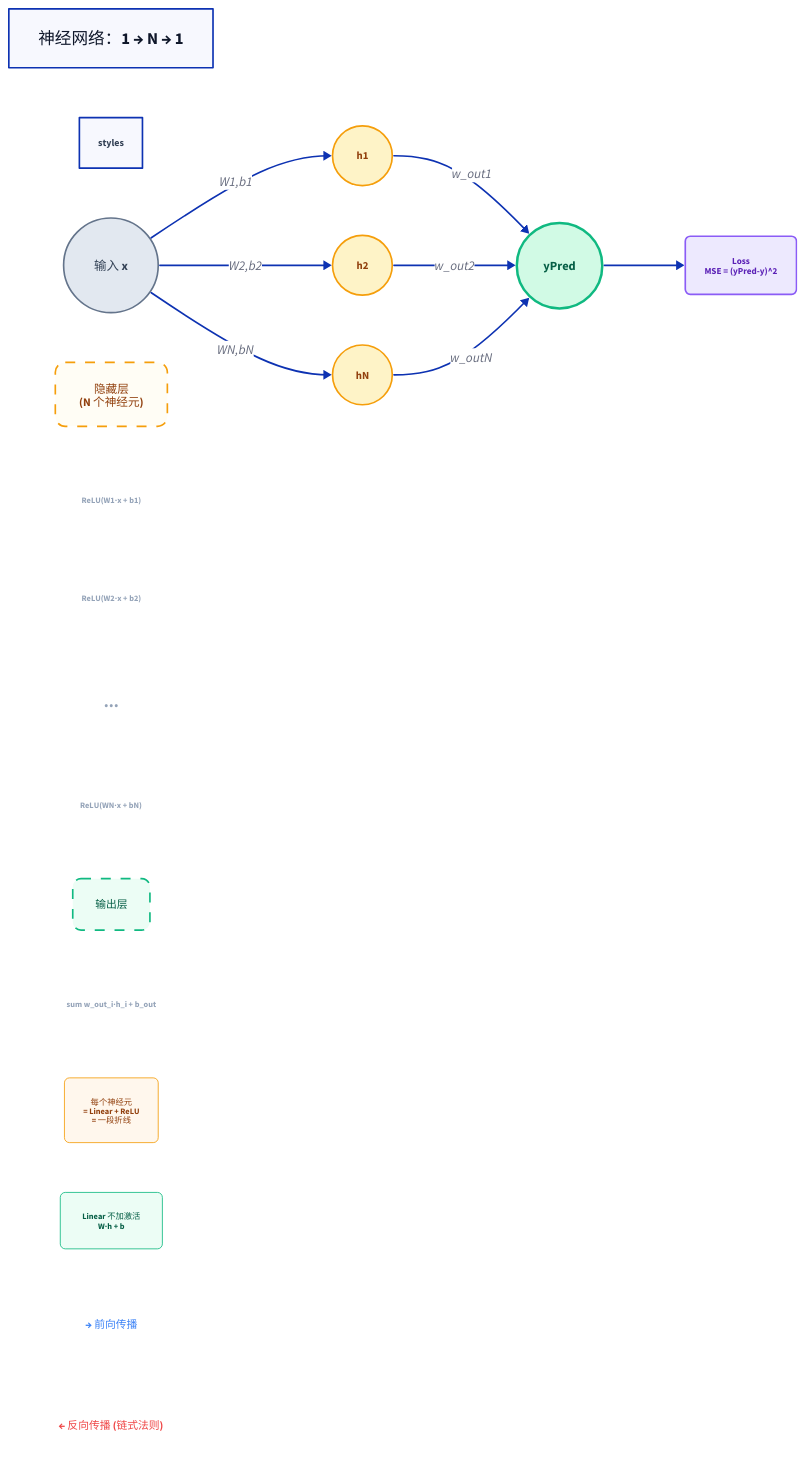
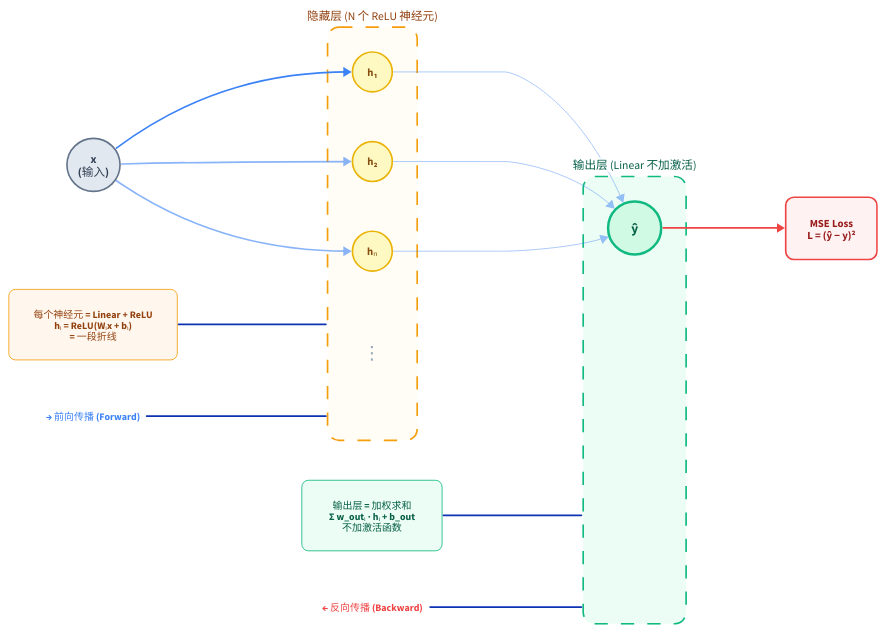
One commit to qiaolei1973/handfirst-llm changed the diagram in apps/_docs/scripts/recap/neural-network.d2. Above: the diagram before and after it, drawn with D2. The commit also changed 18 other files, not shown here.

First line of the commit message:
refactor: 图片生成脚本切换 D2 + Excalidraw，图片点击放大

```diff
--- a/apps/_docs/scripts/recap/neural-network.d2
+++ b/apps/_docs/scripts/recap/neural-network.d2
@@ -1,193 +1,196 @@
-title: "神经网络：1 → N → 1" {
-  style.font-size: 20
-  style.font-color: "#0f172a"
+# ── 神经网络：1 → N → 1 架构 ──
+#   由 generate-all.sh 自动构建，输出到 public/recap/neural-network.svg
+
+vars: {
+  d2-config: {
+    layout-engine: dagre
+  }
 }
 
 direction: right
 
-styles: {
-  style.font-size: 12
+# ================================================================
+# Input
+# ================================================================
+input: "x\n(输入)" {
+  shape: circle
+  width: 64
+  height: 64
+  style.fill: "#e2e8f0"
+  style.stroke: "#64748b"
+  style.stroke-width: 2
+  style.font-size: 14
   style.font-color: "#334155"
 }
 
-# ============================================================
-# Input
-# ============================================================
-
-input: "输入 x" {
-  shape: circle
-  style.fill: "#e2e8f0"
-  style.stroke: "#64748b"
-  style.stroke-width: 2
-  style.font-size: 15
-  style.font-color: "#334155"
-}
-
-# ============================================================
+# ================================================================
 # Hidden Layer
-# ============================================================
-
-hidden-layer: "隐藏层\n(N 个神经元)" {
+# ================================================================
+hidden: "隐藏层 (N 个 ReLU 神经元)" {
   style.fill: "#fffdf5"
   style.stroke: "#f59e0b"
   style.stroke-width: 2
-  style.stroke-dash: 6
-  style.border-radius: 12
+  style.stroke-dash: 8
+  style.border-radius: 14
   style.font-size: 14
+  style.font-color: "#92400e"
+
+  h1: "h₁" {
+    shape: circle
+    width: 48
+    height: 48
+    style.fill: "#fef9c3"
+    style.stroke: "#eab308"
+    style.stroke-width: 2
+    style.font-size: 13
+    style.font-color: "#854d0e"
+  }
+
+  h2: "h₂" {
+    shape: circle
+    width: 48
+    height: 48
+    style.fill: "#fef9c3"
+    style.stroke: "#eab308"
+    style.stroke-width: 2
+    style.font-size: 13
+    style.font-color: "#854d0e"
+  }
+
+  hdots: "⋮" {
+    shape: text
+    style.font-size: 22
+    style.font-color: "#94a3b8"
+    style.bold: true
+  }
+
+  hN: "hₙ" {
+    shape: circle
+    width: 48
+    height: 48
+    style.fill: "#fef9c3"
+    style.stroke: "#eab308"
+    style.stroke-width: 2
+    style.font-size: 13
+    style.font-color: "#854d0e"
+  }
+}
+
+# ================================================================
+# Output Layer
+# ================================================================
+output-layer: "输出层 (Linear 不加激活)" {
+  style.fill: "#ecfdf5"
+  style.stroke: "#10b981"
+  style.stroke-width: 2
+  style.stroke-dash: 8
+  style.border-radius: 14
+  style.font-size: 14
+  style.font-color: "#065f46"
+
+  ypred: "ŷ" {
+    shape: circle
+    width: 64
+    height: 64
+    style.fill: "#d1fae5"
+    style.stroke: "#10b981"
+    style.stroke-width: 3
+    style.font-size: 16
+    style.font-color: "#065f46"
+  }
+}
+
+# ================================================================
+# Loss
+# ================================================================
+loss: "MSE Loss\nL = (ŷ − y)²" {
+  shape: rectangle
+  style.fill: "#fef2f2"
+  style.stroke: "#ef4444"
+  style.stroke-width: 2
+  style.border-radius: 10
+  style.font-size: 13
+  style.font-color: "#991b1b"
+}
+
+# ================================================================
+# Forward connections
+# ================================================================
+input -> hidden.h1: {
+  style.stroke: "#3b82f6"
+  style.stroke-width: 2
+}
+input -> hidden.h2: {
+  style.stroke: "#3b82f6"
+  style.stroke-width: 2
+  style.opacity: 0.6
+}
+input -> hidden.hN: {
+  style.stroke: "#3b82f6"
+  style.stroke-width: 2
+  style.opacity: 0.6
+}
+
+hidden.h1 -> output-layer.ypred: {
+  style.stroke: "#3b82f6"
+  style.stroke-width: 1
+  style.opacity: 0.5
+}
+hidden.h2 -> output-layer.ypred: {
+  style.stroke: "#3b82f6"
+  style.stroke-width: 1
+  style.opacity: 0.5
+}
+hidden.hN -> output-layer.ypred: {
+  style.stroke: "#3b82f6"
+  style.stroke-width: 1
+  style.opacity: 0.5
+}
+
+output-layer.ypred -> loss: {
+  style.stroke: "#ef4444"
+  style.stroke-width: 2
+}
+
+# ================================================================
+# Annotations
+# ================================================================
+neuron-note: "每个神经元 = Linear + ReLU\nhᵢ = ReLU(Wᵢx + bᵢ)\n= 一段折线  " {
+  shape: rectangle
+  style.fill: "#fff7ed"
+  style.stroke: "#f59e0b"
+  style.stroke-width: 1
+  style.border-radius: 8
+  style.font-size: 12
   style.font-color: "#92400e"
 }
 
-h1: "h1" {
-  shape: circle
-  style.fill: "#fef3c7"
-  style.stroke: "#f59e0b"
-  style.stroke-width: 2
-  style.font-size: 13
-  style.font-color: "#92400e"
-}
-
-h1-label: "ReLU(W1·x + b1)" {
-  style.fill: transparent
-  style.stroke: transparent
-  style.font-size: 10
-  style.font-color: "#94a3b8"
-  style.italic: true
-}
-
-h2: "h2" {
-  shape: circle
-  style.fill: "#fef3c7"
-  style.stroke: "#f59e0b"
-  style.stroke-width: 2
-  style.font-size: 13
-  style.font-color: "#92400e"
-}
-
-h2-label: "ReLU(W2·x + b2)" {
-  style.fill: transparent
-  style.stroke: transparent
-  style.font-size: 10
-  style.font-color: "#94a3b8"
-  style.italic: true
-}
-
-hdots: "..." {
-  style.fill: transparent
-  style.stroke: transparent
-  style.font-size: 20
-  style.font-color: "#94a3b8"
-}
-
-hN: "hN" {
-  shape: circle
-  style.fill: "#fef3c7"
-  style.stroke: "#f59e0b"
-  style.stroke-width: 2
-  style.font-size: 13
-  style.font-color: "#92400e"
-}
-
-hN-label: "ReLU(WN·x + bN)" {
-  style.fill: transparent
-  style.stroke: transparent
-  style.font-size: 10
-  style.font-color: "#94a3b8"
-  style.italic: true
-}
-
-# ============================================================
-# Output Layer
-# ============================================================
-
-output-layer: "输出层" {
+output-note: "输出层 = 加权求和\nΣ w_outᵢ · hᵢ + b_out\n不加激活函数  " {
+  shape: rectangle
   style.fill: "#ecfdf5"
   style.stroke: "#10b981"
-  style.stroke-width: 2
-  style.stroke-dash: 6
-  style.border-radius: 10
-  style.font-size: 13
+  style.stroke-width: 1
+  style.border-radius: 8
+  style.font-size: 12
   style.font-color: "#065f46"
 }
 
-output: "yPred" {
-  shape: circle
-  style.fill: "#d1fae5"
-  style.stroke: "#10b981"
-  style.stroke-width: 3
-  style.font-size: 15
-  style.font-color: "#065f46"
-}
-
-output-label: "sum w_out_i·h_i + b_out" {
-  style.fill: transparent
-  style.stroke: transparent
-  style.font-size: 10
-  style.font-color: "#94a3b8"
-  style.italic: true
-}
-
-# ============================================================
-# Loss
-# ============================================================
-
-loss: "Loss\nMSE = (yPred-y)^2" {
-  shape: rectangle
-  style.fill: "#ede9fe"
-  style.stroke: "#8b5cf6"
-  style.stroke-width: 2
-  style.border-radius: 6
-  style.font-size: 11
-  style.font-color: "#5b21b6"
-}
-
-# ============================================================
-# Connections
-# ============================================================
-
-input -> h1: "W1,b1"
-input -> h2: "W2,b2"
-input -> hN: "WN,bN"
-
-h1 -> output: "w_out1"
-h2 -> output: "w_out2"
-hN -> output: "w_outN"
-
-output -> loss
-
-# ============================================================
-# Annotations
-# ============================================================
-
-neuron-note: "每个神经元\n= Linear + ReLU\n= 一段折线" {
-  style.fill: "#fff7ed"
-  style.stroke: "#f59e0b"
-  style.stroke-width: 1
-  style.border-radius: 6
-  style.font-size: 10
-  style.font-color: "#92400e"
-}
-
-output-note: "Linear 不加激活\nW·h + b" {
-  style.fill: "#ecfdf5"
-  style.stroke: "#10b981"
-  style.stroke-width: 1
-  style.border-radius: 6
-  style.font-size: 10
-  style.font-color: "#065f46"
-}
-
-forward-arrow: "→ 前向传播" {
-  style.fill: transparent
-  style.stroke: transparent
-  style.font-size: 13
+forward-flow: "→ 前向传播 (Forward)" {
+  shape: text
+  style.font-size: 12
   style.font-color: "#3b82f6"
   style.bold: true
 }
 
-backward-arrow: "← 反向传播 (链式法则)" {
-  style.fill: transparent
-  style.stroke: transparent
-  style.font-size: 13
+backward-flow: "← 反向传播 (Backward)" {
+  shape: text
+  style.font-size: 12
   style.font-color: "#ef4444"
   style.bold: true
 }
+
+# Dotted edges for positioning
+neuron-note -- hidden
+output-note -- output-layer
+forward-flow -- hidden
+backward-flow -- output-layer
```
